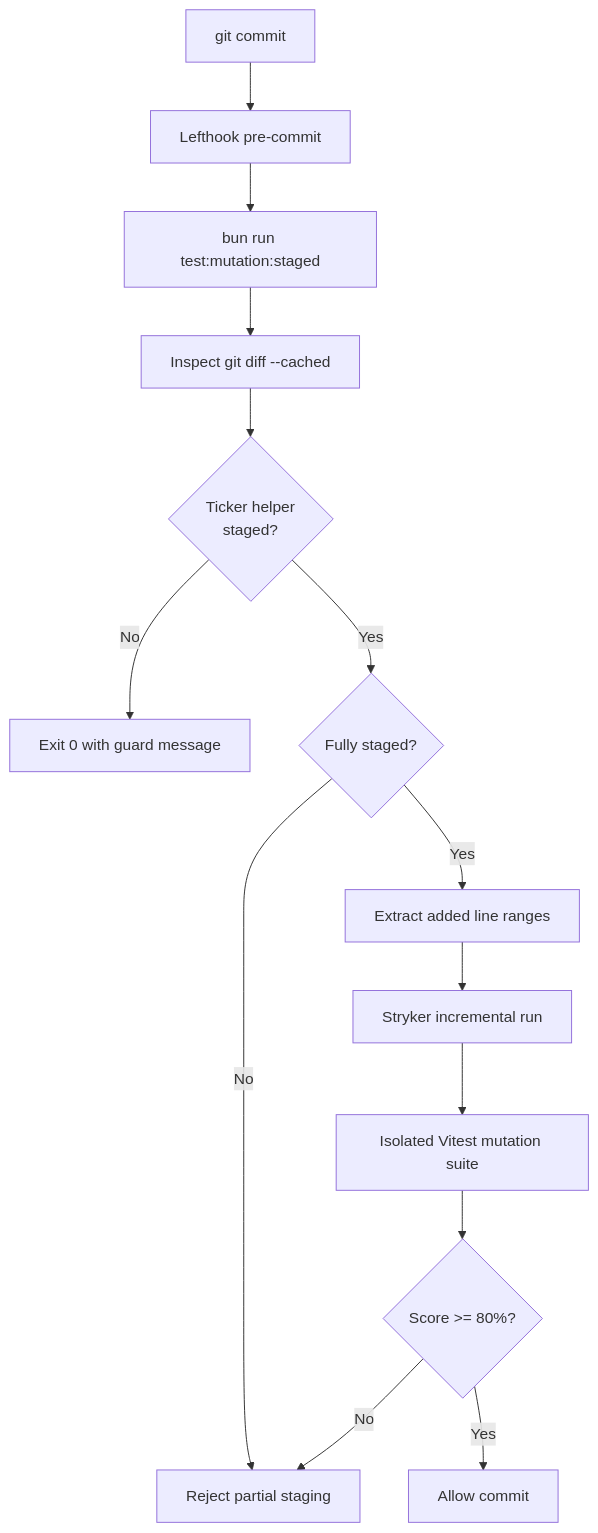
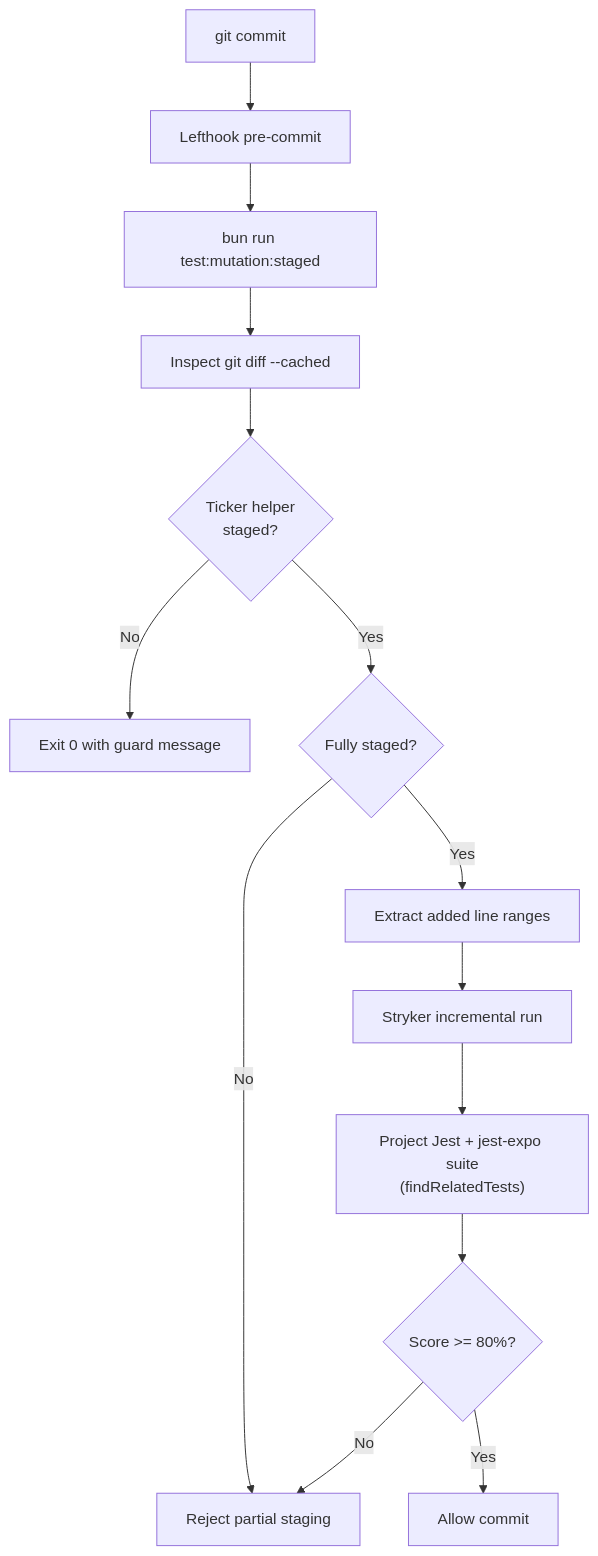
Before and after one commit to Disble/autoreas-mobile: the fourth of 4 diagrams in ARCHITECTURE.md, drawn with Mermaid. The commit also changed other lines of this file and 14 other files, not shown here.

First line of the commit message:
ci(hooks): repair pre-commit gate and run mutation tests on Jest

````diff
--- a/ARCHITECTURE.md
+++ b/ARCHITECTURE.md
@@ -235,16 +237,16 @@
 ```mermaid
 flowchart TD
   Commit["git commit"] --> Hook["Lefthook pre-commit"]
   Hook --> Script["bun run test:mutation:staged"]
   Script --> Diff["Inspect git diff --cached"]
   Diff --> Target{"Ticker helper\nstaged?"}
   Target -- No --> Skip["Exit 0 with guard message"]
   Target -- Yes --> Complete{"Fully staged?"}
   Complete -- No --> Reject["Reject partial staging"]
   Complete -- Yes --> Ranges["Extract added line ranges"]
   Ranges --> Stryker["Stryker incremental run"]
-  Stryker --> Vitest["Isolated Vitest mutation suite"]
-  Vitest --> Score{"Score >= 80%?"}
+  Stryker --> Jest["Project Jest + jest-expo suite<br/>(findRelatedTests)"]
+  Jest --> Score{"Score >= 80%?"}
   Score -- Yes --> Allow["Allow commit"]
   Score -- No --> Reject
 ```
````
